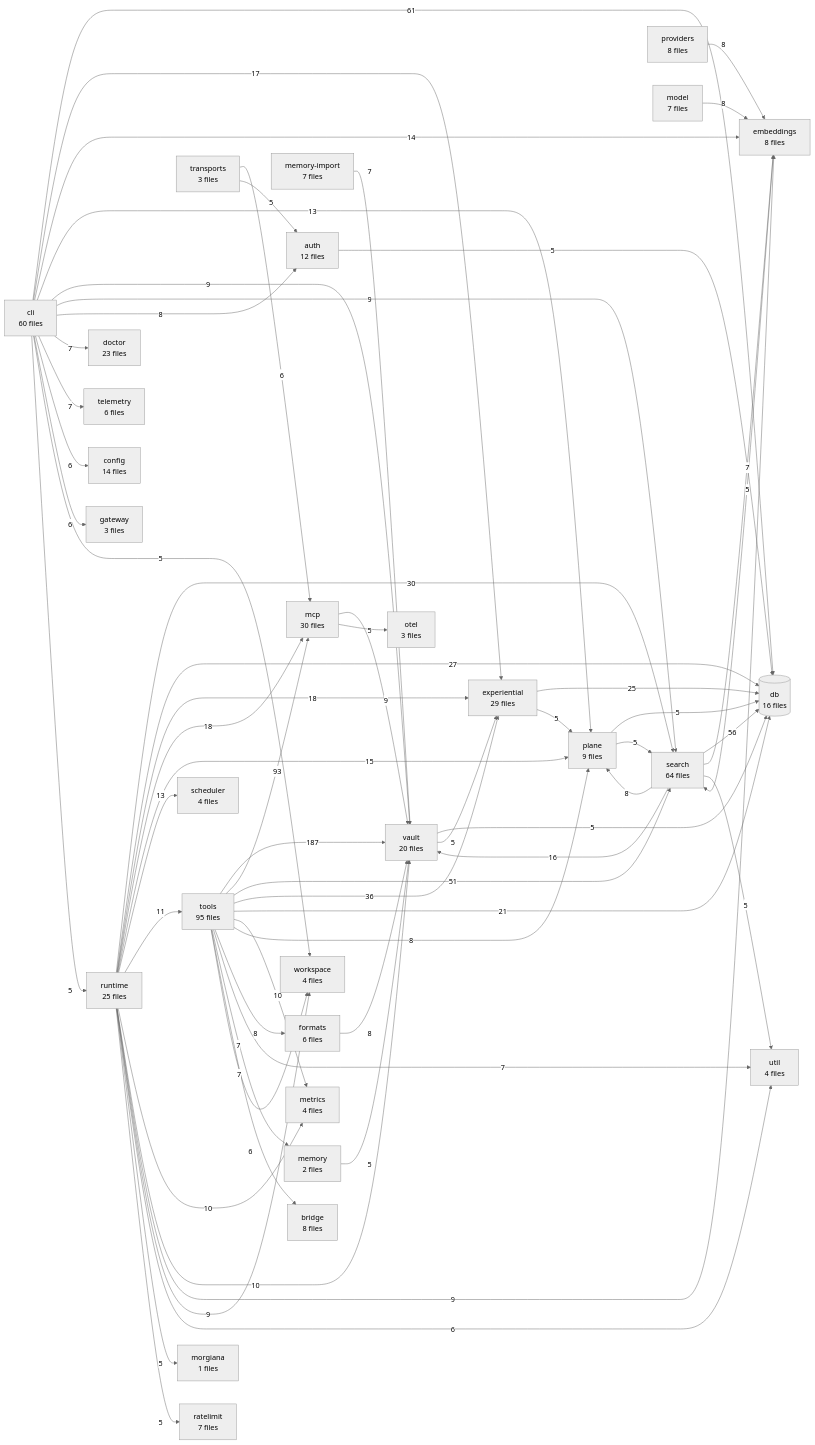
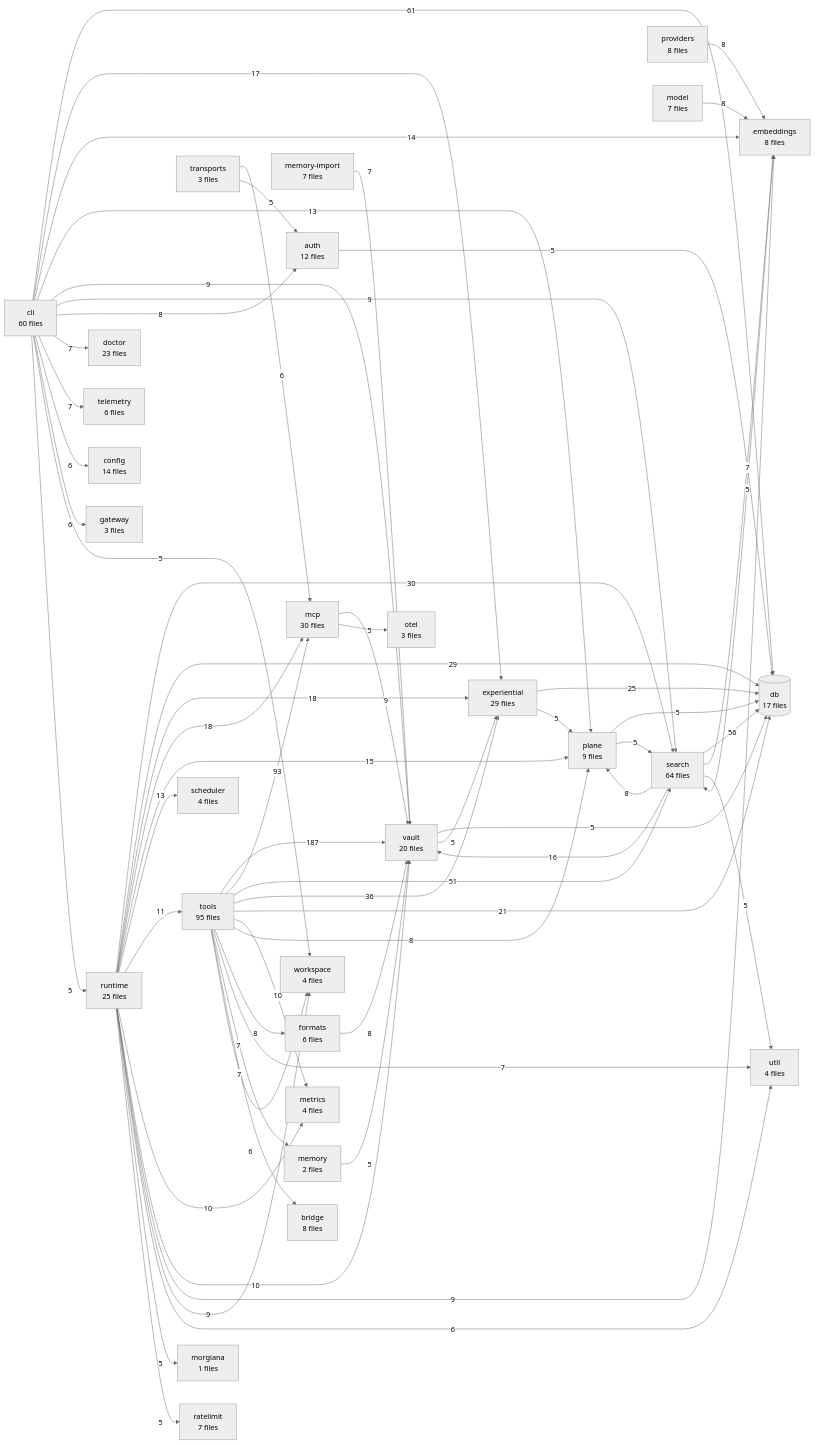
The diagram in TREE.md (The-40-Thieves/obsidian-tc), drawn with Mermaid (neutral theme) before and after one commit. The commit also changed other lines of this file and 23 other files, not shown here.

```diff
--- a/TREE.md
+++ b/TREE.md
@@ -336,7 +336,7 @@
   runtime[runtime<br/>25 files]
   doctor[doctor<br/>23 files]
   vault[vault<br/>20 files]
-  db[(db<br/>16 files)]
+  db[(db<br/>17 files)]
   config[config<br/>14 files]
   auth[auth<br/>12 files]
   plane[plane<br/>9 files]
@@ -365,7 +365,7 @@
   tools -->|51| search
   tools -->|36| experiential
   runtime -->|30| search
-  runtime -->|27| db
+  runtime -->|29| db
   experiential -->|25| db
   tools -->|21| db
   runtime -->|18| experiential
```
